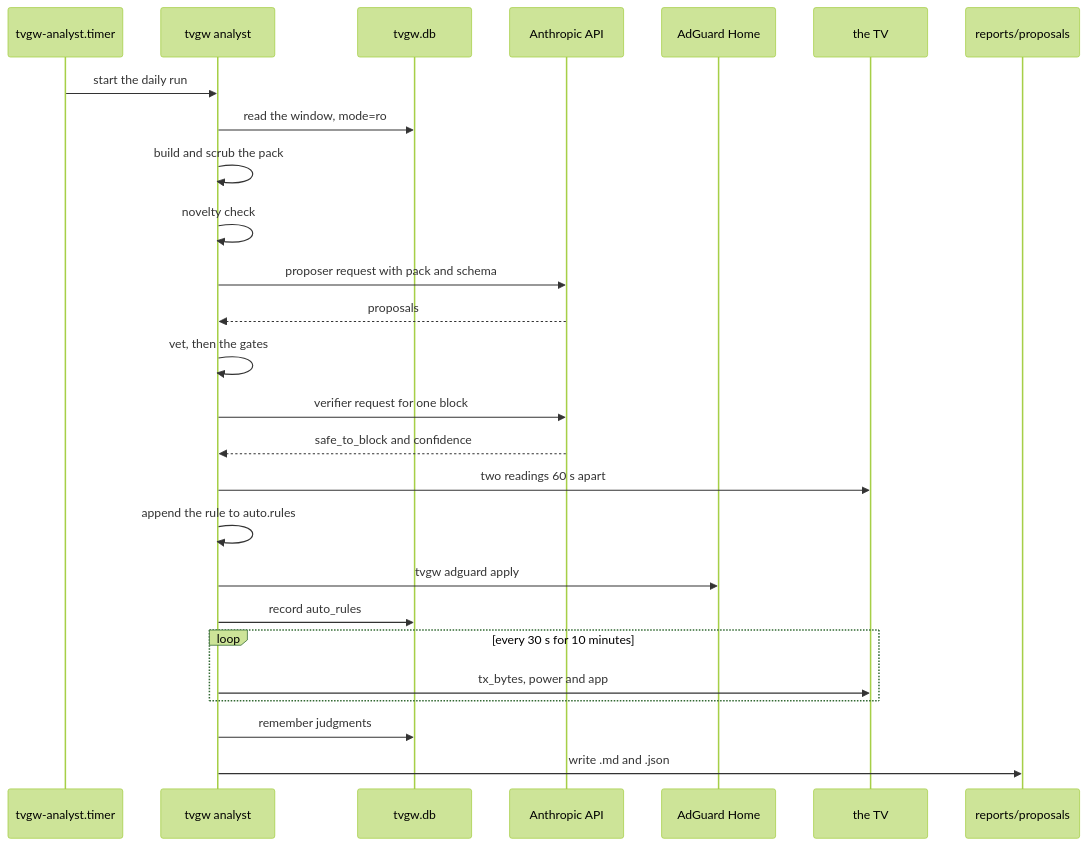
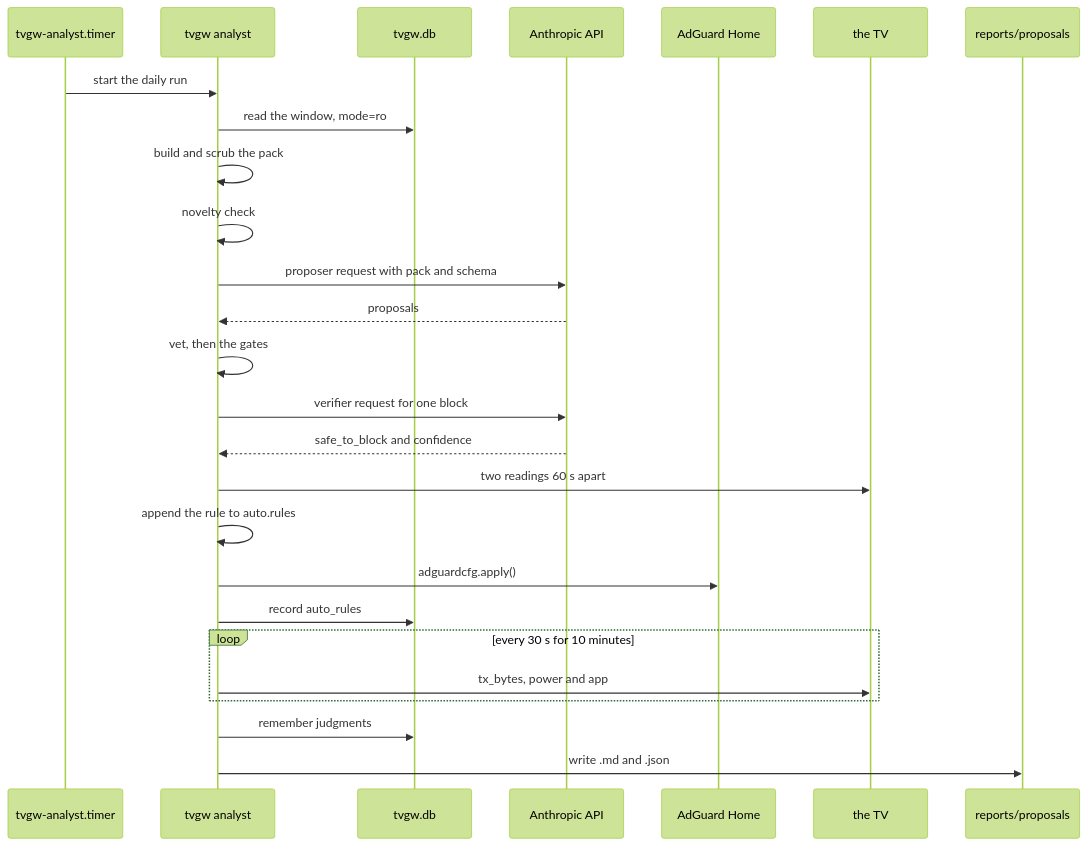
One commit to kywwilson11/tvgw changed the first of 3 diagrams in docs/analyst-and-autonomy.md. Above: the diagram before and after it, drawn with Mermaid (forest theme). The commit also changed other lines of this file, not shown here.

First line of the commit message:
docs/analyst-and-autonomy: the pack, the vetting and the records as main builds them

````diff
--- a/docs/analyst-and-autonomy.md
+++ b/docs/analyst-and-autonomy.md
@@ -9,28 +9,28 @@
 ```mermaid
 sequenceDiagram
     participant timer as tvgw-analyst.timer
     participant analyst as tvgw analyst
     participant store as tvgw.db
     participant api as Anthropic API
     participant adguard as AdGuard Home
     participant tv as the TV
     participant files as reports/proposals
     timer->>analyst: start the daily run
     analyst->>store: read the window, mode=ro
     analyst->>analyst: build and scrub the pack
     analyst->>analyst: novelty check
     analyst->>api: proposer request with pack and schema
     api-->>analyst: proposals
     analyst->>analyst: vet, then the gates
     analyst->>api: verifier request for one block
     api-->>analyst: safe_to_block and confidence
     analyst->>tv: two readings 60 s apart
     analyst->>analyst: append the rule to auto.rules
-    analyst->>adguard: tvgw adguard apply
+    analyst->>adguard: adguardcfg.apply()
     analyst->>store: record auto_rules
     loop every 30 s for 10 minutes
         analyst->>tv: tx_bytes, power and app
     end
     analyst->>store: remember judgments
     analyst->>files: write .md and .json
 ```
````
